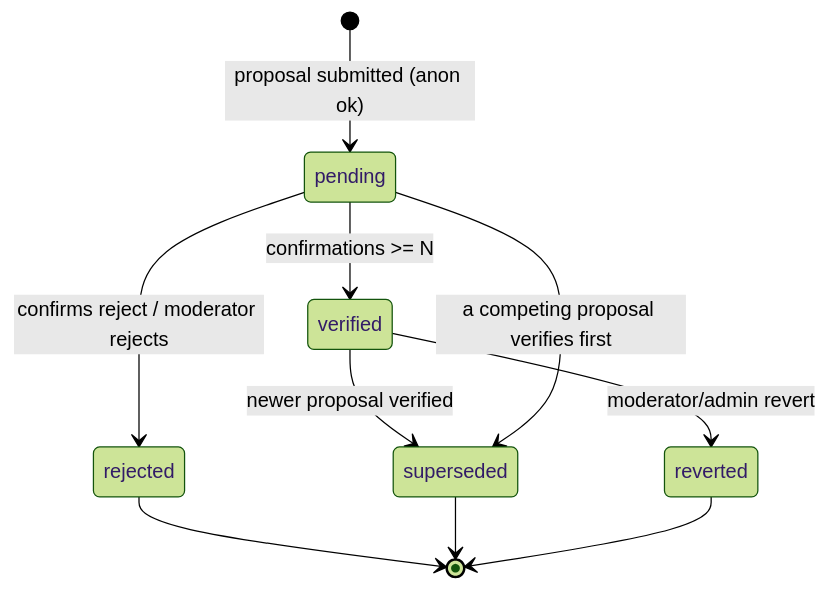
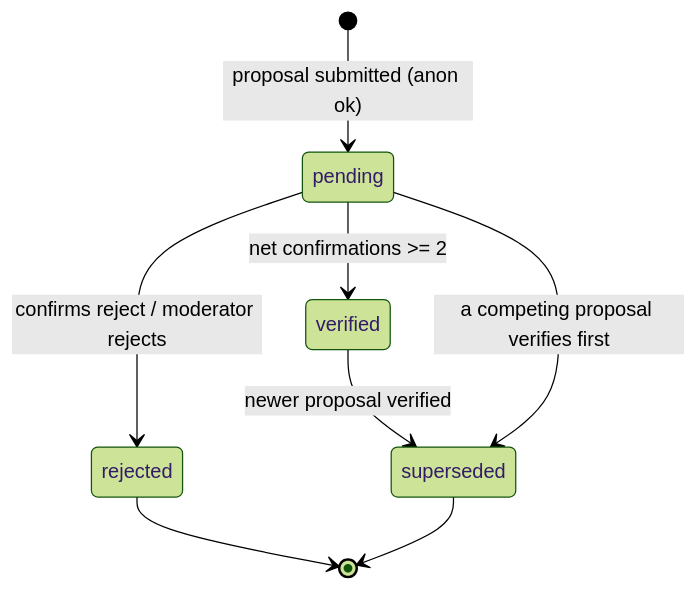
Before and after one commit to jimacampos/laferiacr: the first of 2 diagrams in docs/architecture/moderation-trust.md, drawn with Mermaid (forest theme). The commit also changed other lines of this file and 52 other files, not shown here.

````diff
--- a/docs/architecture/moderation-trust.md
+++ b/docs/architecture/moderation-trust.md
@@ -11,12 +11,10 @@
 ```mermaid
 stateDiagram-v2
   [*] --> pending: proposal submitted (anon ok)
-  pending --> verified: confirmations >= N
+  pending --> verified: net confirmations >= 2
   pending --> rejected: confirms reject / moderator rejects
   verified --> superseded: newer proposal verified
   pending --> superseded: a competing proposal verifies first
-  verified --> reverted: moderator/admin revert
   rejected --> [*]
   superseded --> [*]
-  reverted --> [*]
 ```
````
